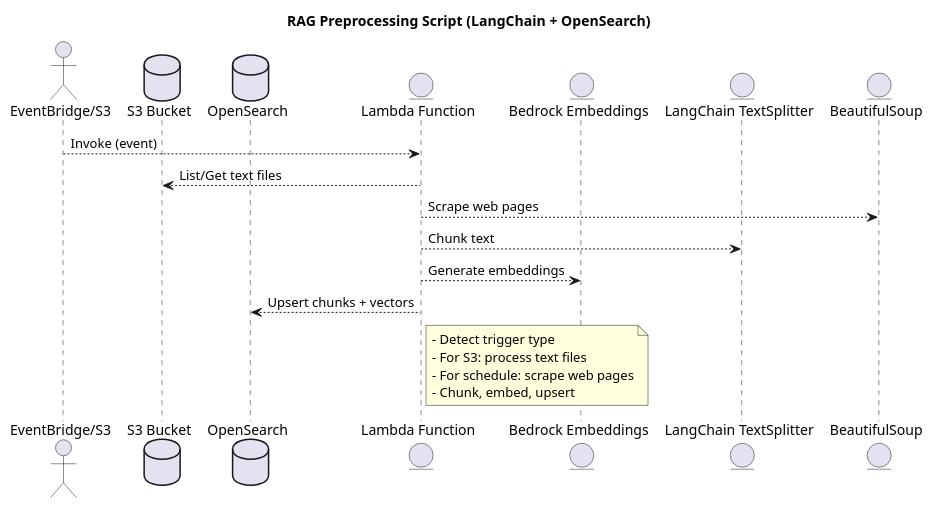
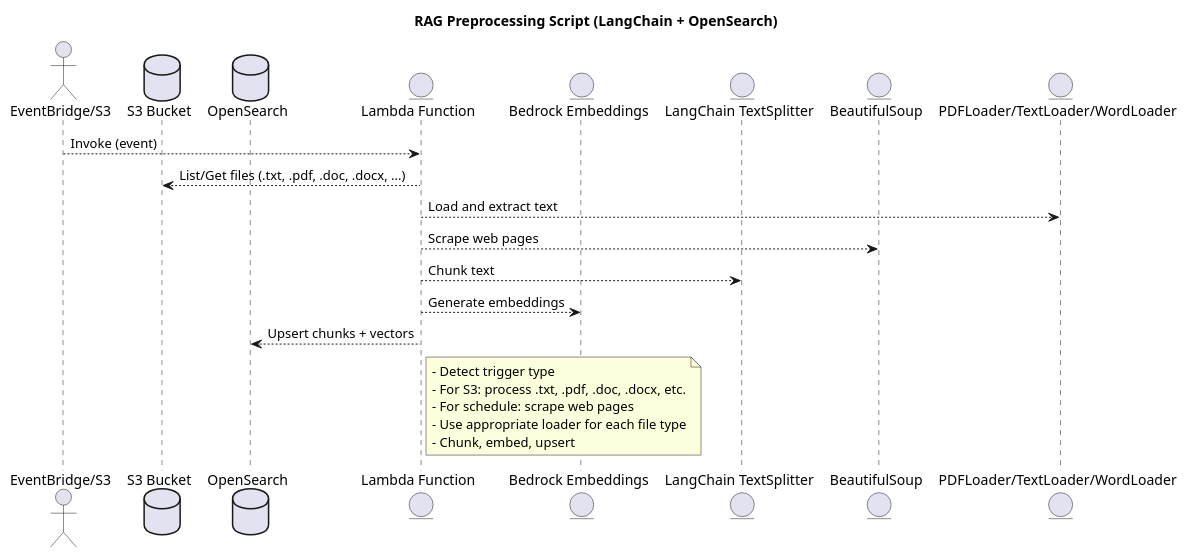
The diagram in RAGChatbots/Langchain_OpenSearch_Implementation/UML Diagrams/PUML/PreprocessingScript.puml (pavanchanduri/RAGChatbot), drawn with PlantUML before and after one commit. The commit also changed 2 other files, not shown here.

Commit message:
Modified Preprocessing Script to handle pdf and doc files

```diff
--- a/RAGChatbots/Langchain_OpenSearch_Implementation/UML Diagrams/PUML/PreprocessingScript.puml
+++ b/RAGChatbots/Langchain_OpenSearch_Implementation/UML Diagrams/PUML/PreprocessingScript.puml
@@ -1,26 +1,30 @@
 @startuml PreprocessingScript
 title RAG Preprocessing Script (LangChain + OpenSearch)
+
 
 actor "EventBridge/S3" as Trigger
 database "S3 Bucket" as S3
 database "OpenSearch" as OS
 entity "Lambda Function" as Lambda
 entity "Bedrock Embeddings" as Bedrock
 entity "LangChain TextSplitter" as Splitter
 entity "BeautifulSoup" as Soup
+entity "PDFLoader/TextLoader/WordLoader" as Loader
 
 Trigger --> Lambda : Invoke (event)
-Lambda --> S3 : List/Get text files
+Lambda --> S3 : List/Get files (.txt, .pdf, .doc, .docx, ...)
+Lambda --> Loader : Load and extract text
 Lambda --> Soup : Scrape web pages
 Lambda --> Splitter : Chunk text
 Lambda --> Bedrock : Generate embeddings
 Lambda --> OS : Upsert chunks + vectors
 
 note right of Lambda
 - Detect trigger type
-- For S3: process text files
+- For S3: process .txt, .pdf, .doc, .docx, etc.
 - For schedule: scrape web pages
+- Use appropriate loader for each file type
 - Chunk, embed, upsert
 end note
 
 @enduml
```
